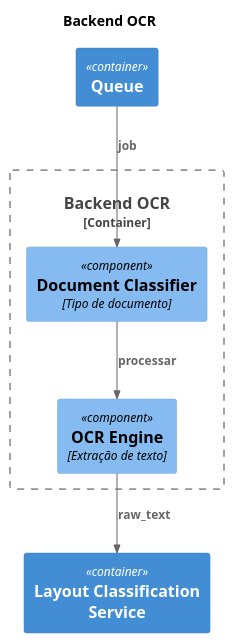
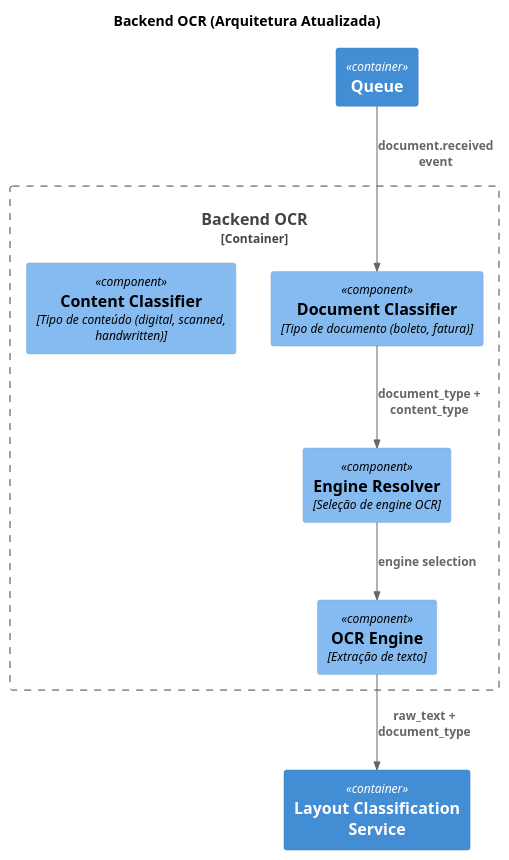
The diagram in docs/specs/backend_ocr.puml (InnoVoxAI/docuparser), drawn with PlantUML before and after one commit. The commit also changed 6 other files, not shown here.

```diff
--- a/docs/specs/backend_ocr.puml
+++ b/docs/specs/backend_ocr.puml
@@ -1,19 +1,22 @@
 @startuml
 !includeurl https://raw.githubusercontent.com/plantuml-stdlib/C4-PlantUML/master/C4_Component.puml
 
-title Backend OCR
+title Backend OCR (Arquitetura Atualizada)
 
 Container_Boundary(ocr, "Backend OCR") {
 
-    Component(classifier, "Document Classifier", "Tipo de documento")
+    Component(classifier, "Document Classifier", "Tipo de documento (boleto, fatura)")
+    Component(content_classifier, "Content Classifier", "Tipo de conteúdo (digital, scanned, handwritten)")
     Component(ocr_engine, "OCR Engine", "Extração de texto")
+    Component(engine_resolver, "Engine Resolver", "Seleção de engine OCR")
 }
 
 Container(queue, "Queue")
 Container(layout, "Layout Classification Service")
 
-Rel(queue, classifier, "job")
-Rel(classifier, ocr_engine, "processar")
-Rel(ocr_engine, layout, "raw_text")
+Rel(queue, classifier, "document.received event")
+Rel(classifier, engine_resolver, "document_type + content_type")
+Rel(engine_resolver, ocr_engine, "engine selection")
+Rel(ocr_engine, layout, "raw_text + document_type")
 
 @enduml
```
